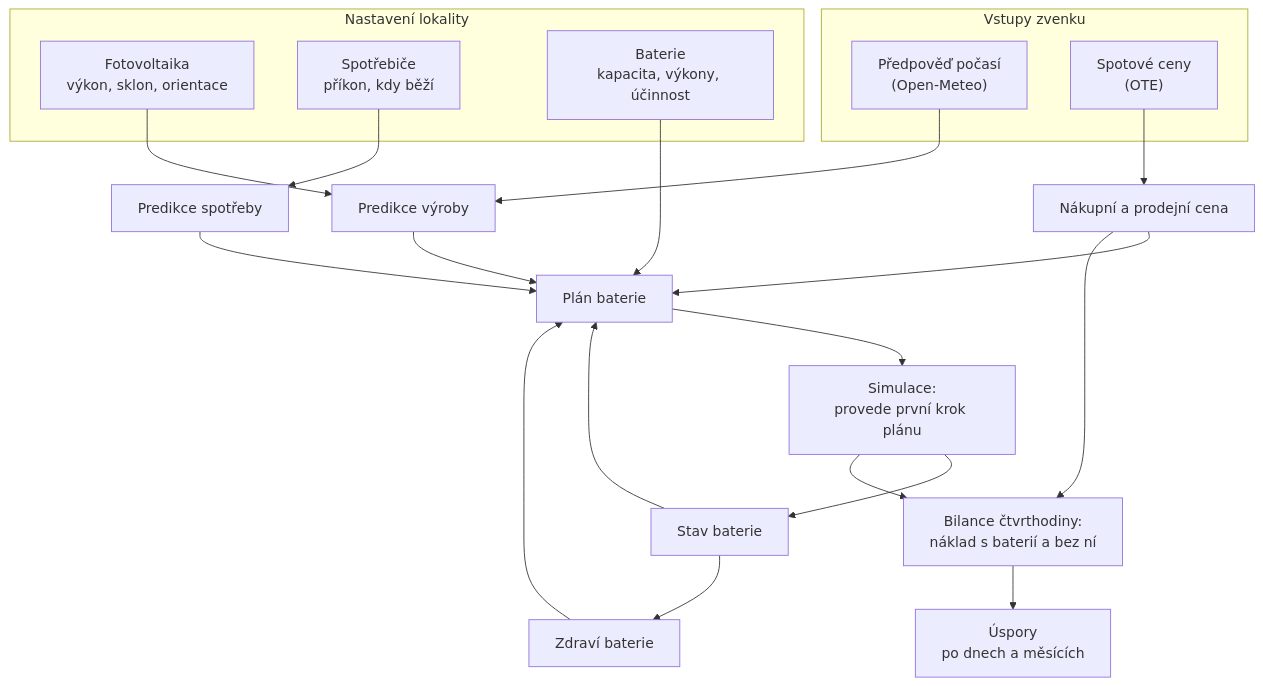
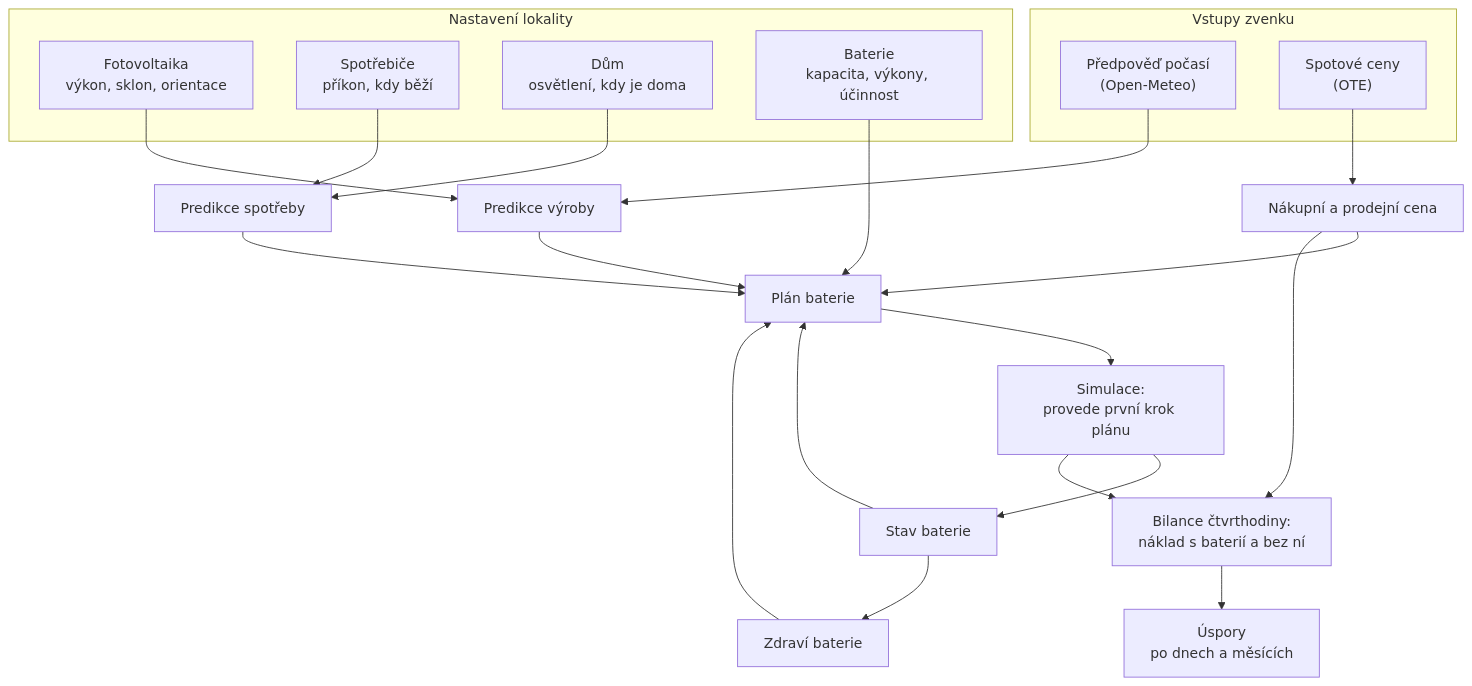
Before and after one commit to lilianluca/ems: the diagram in docs/prehled.md, drawn with Mermaid. The commit also changed other lines of this file and 19 other files, not shown here.

````diff
--- a/docs/prehled.md
+++ b/docs/prehled.md
@@ -62,33 +62,35 @@
 ```mermaid
 flowchart TD
     subgraph vstupy["Vstupy zvenku"]
         meteo["Předpověď počasí<br/>(Open-Meteo)"]
         ote["Spotové ceny<br/>(OTE)"]
     end
 
     subgraph nastaveni["Nastavení lokality"]
         fve["Fotovoltaika<br/>výkon, sklon, orientace"]
         spotrebice["Spotřebiče<br/>příkon, kdy běží"]
+        dum["Dům<br/>osvětlení, kdy je doma"]
         baterie["Baterie<br/>kapacita, výkony, účinnost"]
     end
 
     meteo --> vyroba["Predikce výroby"]
     fve --> vyroba
     spotrebice --> spotreba["Predikce spotřeby"]
+    dum --> spotreba
     ote --> ceny["Nákupní a prodejní cena"]
 
     vyroba --> plan["Plán baterie"]
     spotreba --> plan
     ceny --> plan
     baterie --> plan
     stav["Stav baterie"] --> plan
 
     plan --> simulace["Simulace:<br/>provede první krok plánu"]
     simulace --> stav
     simulace --> bilance["Bilance čtvrthodiny:<br/>náklad s baterií a bez ní"]
     ceny --> bilance
 
     bilance --> uspory["Úspory<br/>po dnech a měsících"]
     stav --> zdravi["Zdraví baterie"]
     zdravi --> plan
 ```
````
